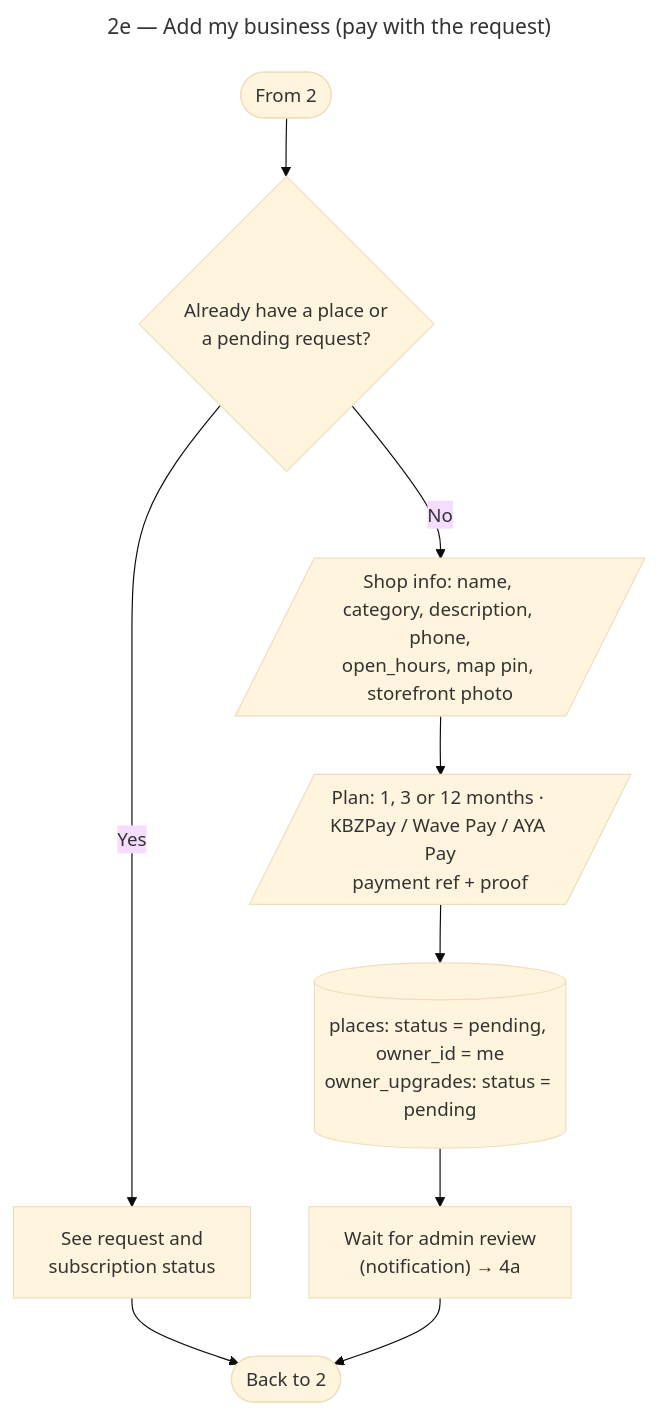
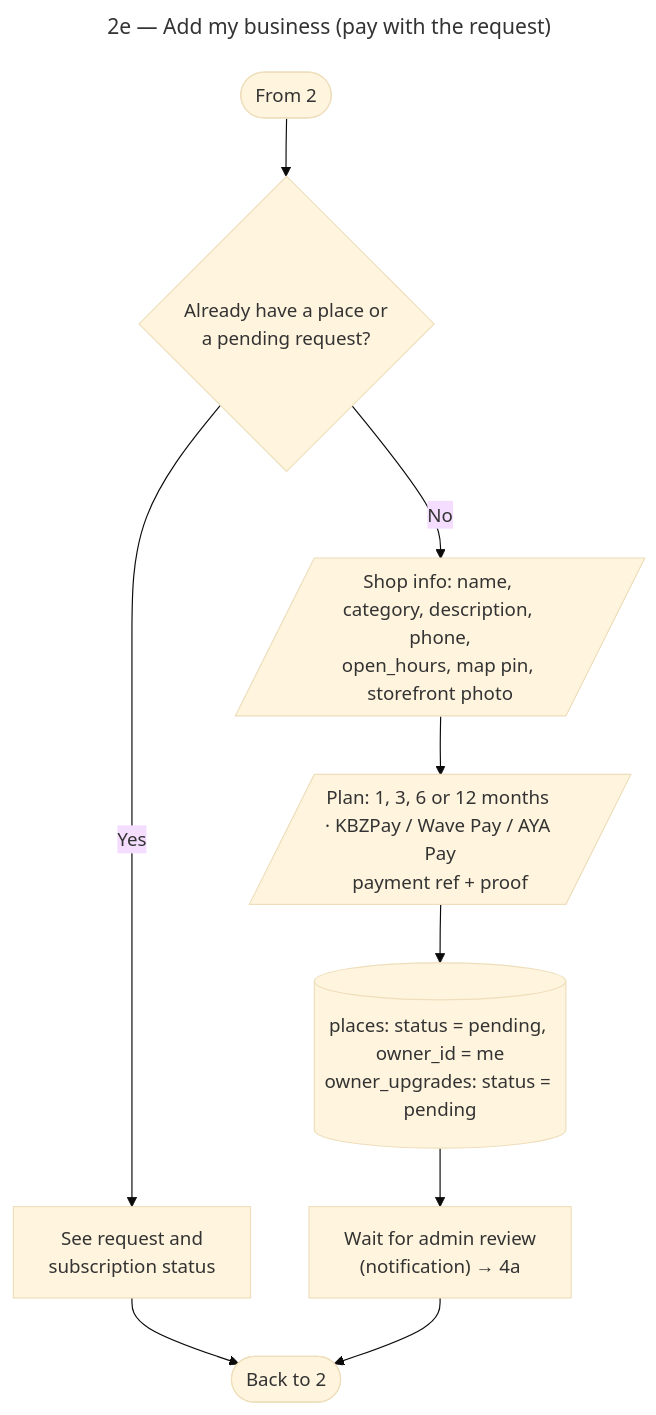
Before and after one commit to YeNaingOo969/POINTER: the diagram in frontend/docs/flows/2e-add-business.mmd, drawn with Mermaid (base theme). The commit also changed 15 other files, not shown here.

```diff
--- a/frontend/docs/flows/2e-add-business.mmd
+++ b/frontend/docs/flows/2e-add-business.mmd
@@ -1,11 +1,11 @@
 ---
 title: "2e — Add my business (pay with the request)"
 ---
 flowchart TD
   S([From 2]) --> ABQ{"Already have a place or<br/>a pending request?"}
   ABQ -- Yes --> STS["See request and<br/>subscription status"]
   ABQ -- No --> FI[/"Shop info: name, category, description, phone,<br/>open_hours, map pin, storefront photo"/]
-  FI --> PL[/"Plan: 1, 3 or 12 months · KBZPay / Wave Pay / AYA Pay<br/>payment ref + proof"/]
+  FI --> PL[/"Plan: 1, 3, 6 or 12 months · KBZPay / Wave Pay / AYA Pay<br/>payment ref + proof"/]
   PL --> SV[("places: status = pending, owner_id = me<br/>owner_upgrades: status = pending")]
   SV --> WAR["Wait for admin review<br/>(notification) → 4a"]
   STS & WAR --> E([Back to 2])
```
